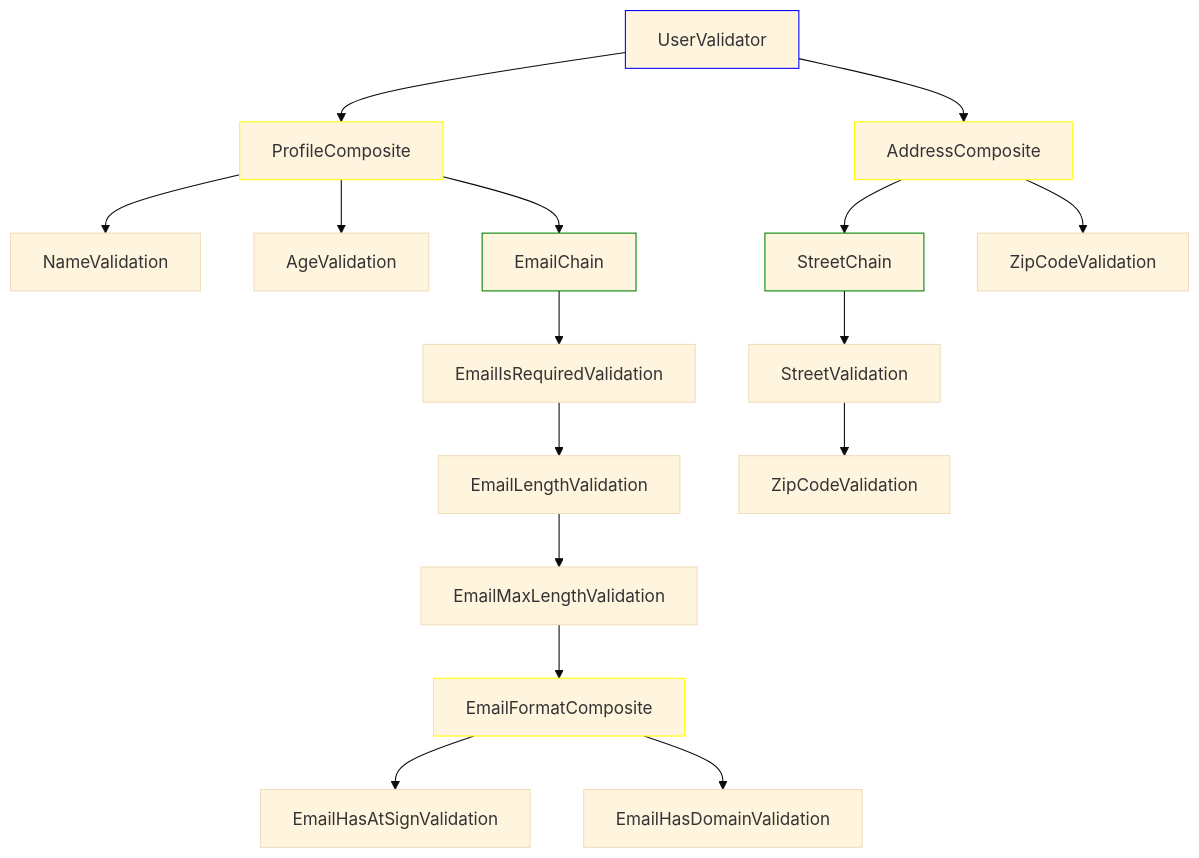
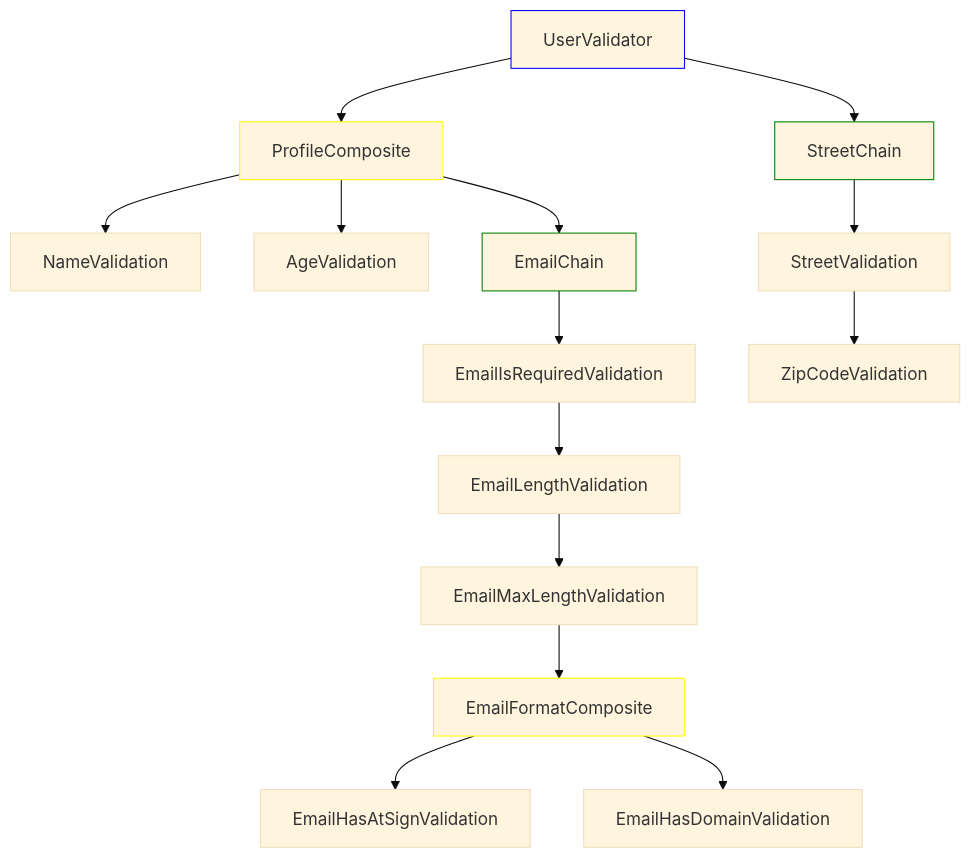
One commit to Jesinski/json-data-validator changed the diagram in README.md. Above: the diagram before and after it, drawn with Mermaid (base theme).

Commit message:
updated mermaid diagram

````diff
--- a/README.md
+++ b/README.md
@@ -1,40 +1,36 @@
 ```mermaid
 graph TD
 %% Main Validator
 UserValidator --> ProfileComposite
-UserValidator --> AddressComposite
+UserValidator --> StreetChain
 
 %% Profile Composite
 ProfileComposite --> NameValidation
 ProfileComposite --> AgeValidation
 ProfileComposite --> EmailChain
 
 %% Email Chain
 EmailChain --> EmailIsRequiredValidation
 EmailIsRequiredValidation --> EmailLengthValidation
 EmailLengthValidation --> EmailMaxLengthValidation
 EmailMaxLengthValidation --> EmailFormatComposite
 
 %% Email Format Composite
 EmailFormatComposite --> EmailHasAtSignValidation
 EmailFormatComposite --> EmailHasDomainValidation
 
-%% Address Composite
-AddressComposite --> StreetChain
-AddressComposite --> ZipCodeValidation[ZipCodeValidation]
-
 %% Street Chain
 StreetChain --> StreetValidation
-StreetValidation --> ZipCodeValidation2[ZipCodeValidation]
+StreetValidation --> ZipCodeValidation
 
 classDef composite stroke:yellow
 classDef chain stroke:green
 classDef validator stroke:blue
 
 class UserValidator validator
 class ProfileComposite composite
 class AddressComposite composite
 class EmailChain chain
 class EmailFormatComposite composite
 class StreetChain chain
 ```
````
